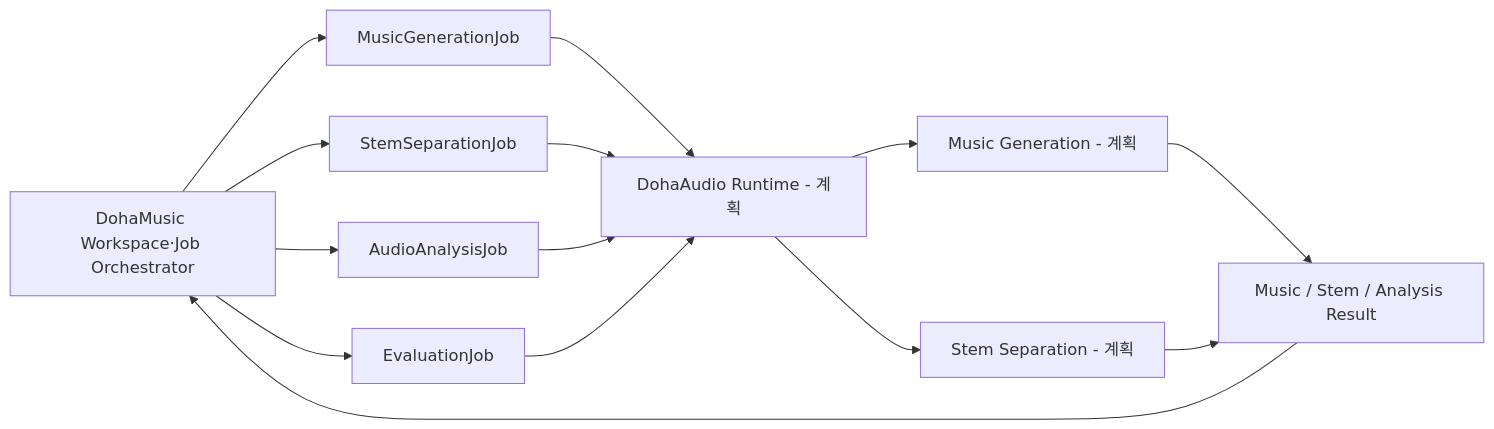
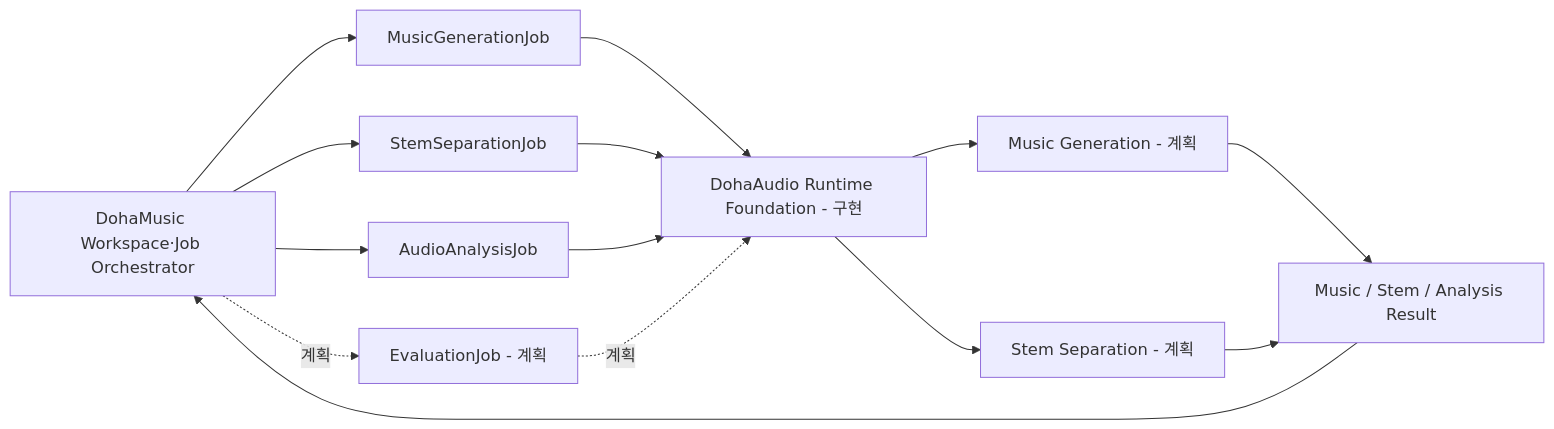
One commit to DohaStudio/DohaAudio changed the diagram in README.md. Above: the diagram before and after it, drawn with Mermaid. The commit also changed other lines of this file and 30 other files, not shown here.

First line of the commit message:
feat: add pre-training runtime foundation (#4)

````diff
--- a/README.md
+++ b/README.md
@@ -41,19 +42,20 @@
 ```mermaid
 flowchart LR
     DM[DohaMusic Workspace·Job Orchestrator]
     MGJ[MusicGenerationJob]
     SSJ[StemSeparationJob]
     AAJ[AudioAnalysisJob]
-    EVJ[EvaluationJob]
-    RT[DohaAudio Runtime - 계획]
+    EVJ[EvaluationJob - 계획]
+    RT[DohaAudio Runtime Foundation - 구현]
     MG[Music Generation - 계획]
     SS[Stem Separation - 계획]
     ASSET[Music / Stem / Analysis Result]
 
     DM --> MGJ --> RT
     DM --> SSJ --> RT
     DM --> AAJ --> RT
-    DM --> EVJ --> RT
+    DM -. 계획 .-> EVJ
+    EVJ -. 계획 .-> RT
     RT --> MG --> ASSET --> DM
     RT --> SS --> ASSET
 ```
````
